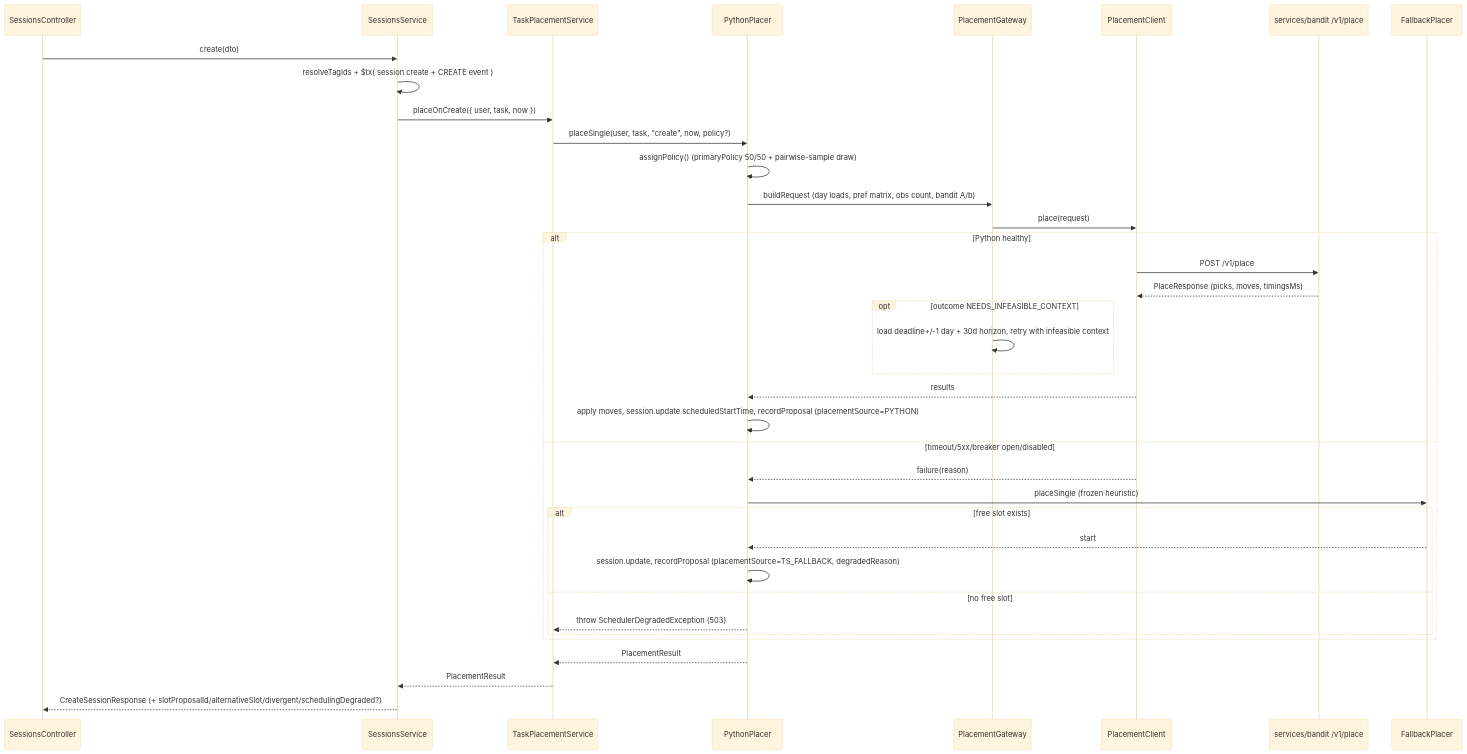
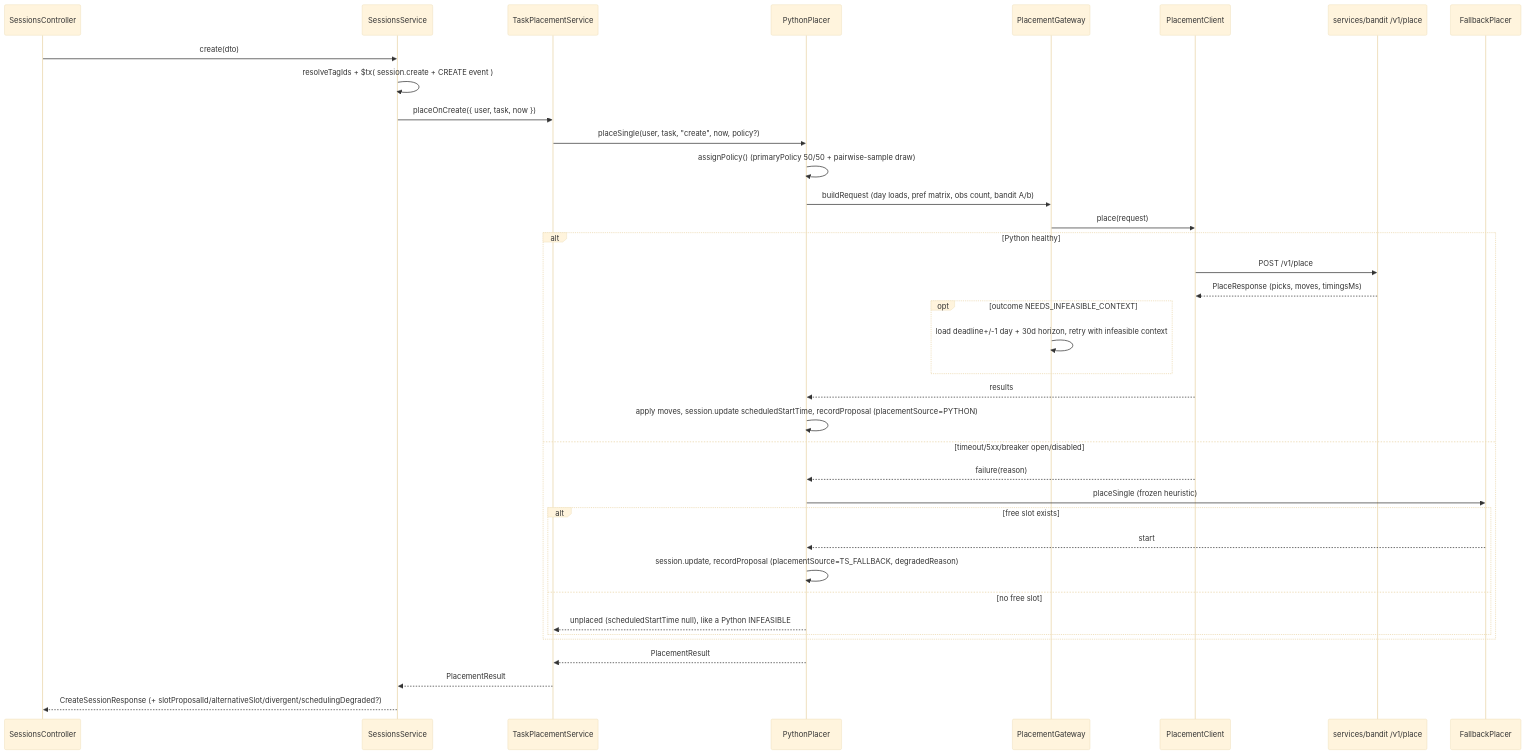
The second of 6 diagrams in backend/README.md (tryzenflow/zenflow), drawn with Mermaid (base theme) before and after one commit. The commit also changed other lines of this file and 1 other file, not shown here.

Commit message:
docs: trim backend README; drop scheduler issues notes

````diff
--- a/backend/README.md
+++ b/backend/README.md
@@ -815,39 +810,39 @@
 ```mermaid
 sequenceDiagram
   participant C as SessionsController
   participant S as SessionsService
   participant T as TaskPlacementService
   participant P as PythonPlacer
   participant G as PlacementGateway
   participant PC as PlacementClient
   participant PY as services/bandit /v1/place
   participant FB as FallbackPlacer
   C->>S: create(dto)
   S->>S: resolveTagIds + $tx( session.create + CREATE event )
   S->>T: placeOnCreate({ user, task, now })
   T->>P: placeSingle(user, task, "create", now, policy?)
   P->>P: assignPolicy() (primaryPolicy 50/50 + pairwise-sample draw)
   P->>G: buildRequest (day loads, pref matrix, obs count, bandit A/b)
   G->>PC: place(request)
   alt Python healthy
     PC->>PY: POST /v1/place
     PY-->>PC: PlaceResponse (picks, moves, timingsMs)
     opt outcome NEEDS_INFEASIBLE_CONTEXT
       G->>G: load deadline+/-1 day + 30d horizon, retry with infeasible context
     end
     PC-->>P: results
     P->>P: apply moves, session.update scheduledStartTime, recordProposal (placementSource=PYTHON)
   else timeout/5xx/breaker open/disabled
     PC-->>P: failure(reason)
     P->>FB: placeSingle (frozen heuristic)
     alt free slot exists
       FB-->>P: start
       P->>P: session.update, recordProposal (placementSource=TS_FALLBACK, degradedReason)
     else no free slot
-      P-->>T: throw SchedulerDegradedException (503)
+      P-->>T: unplaced (scheduledStartTime null), like a Python INFEASIBLE
     end
   end
   P-->>T: PlacementResult
   T-->>S: PlacementResult
   S-->>C: CreateSessionResponse (+ slotProposalId/alternativeSlot/divergent/schedulingDegraded?)
 ```
````
